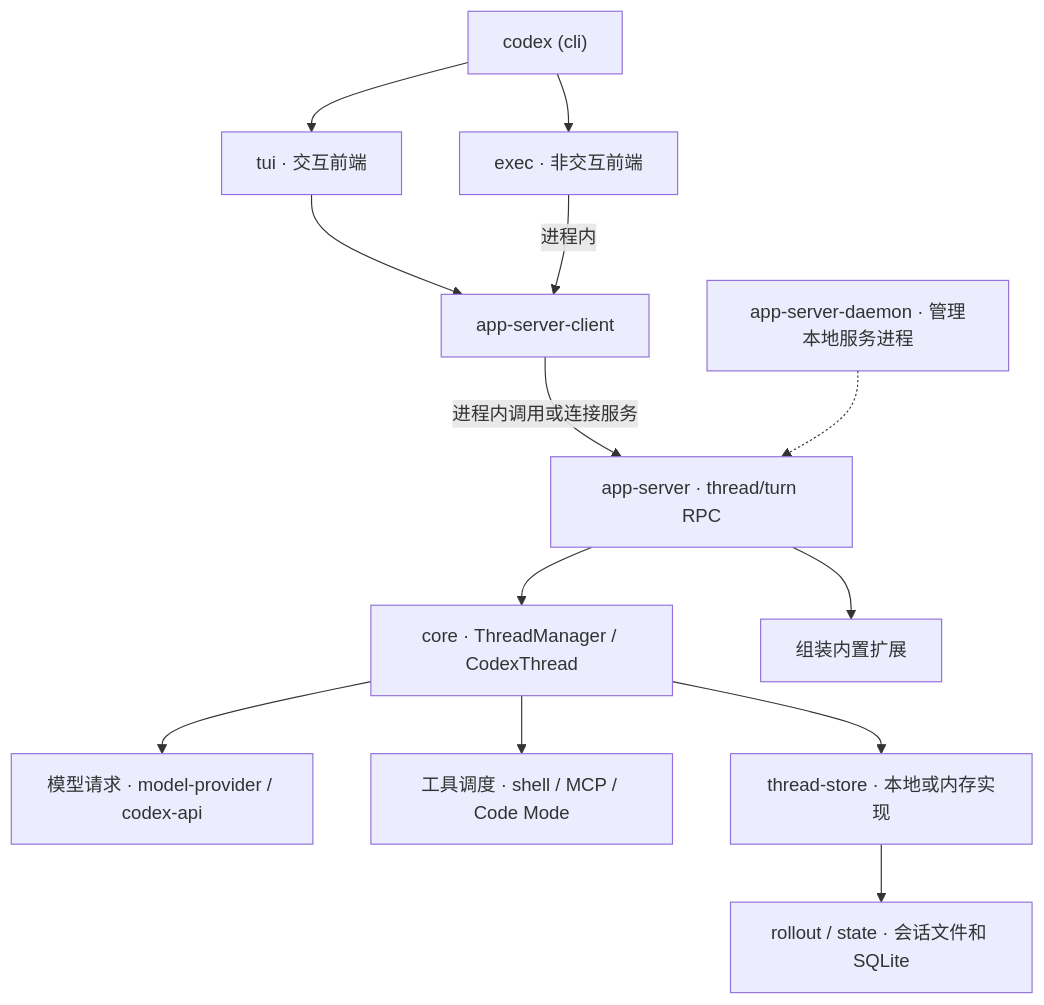
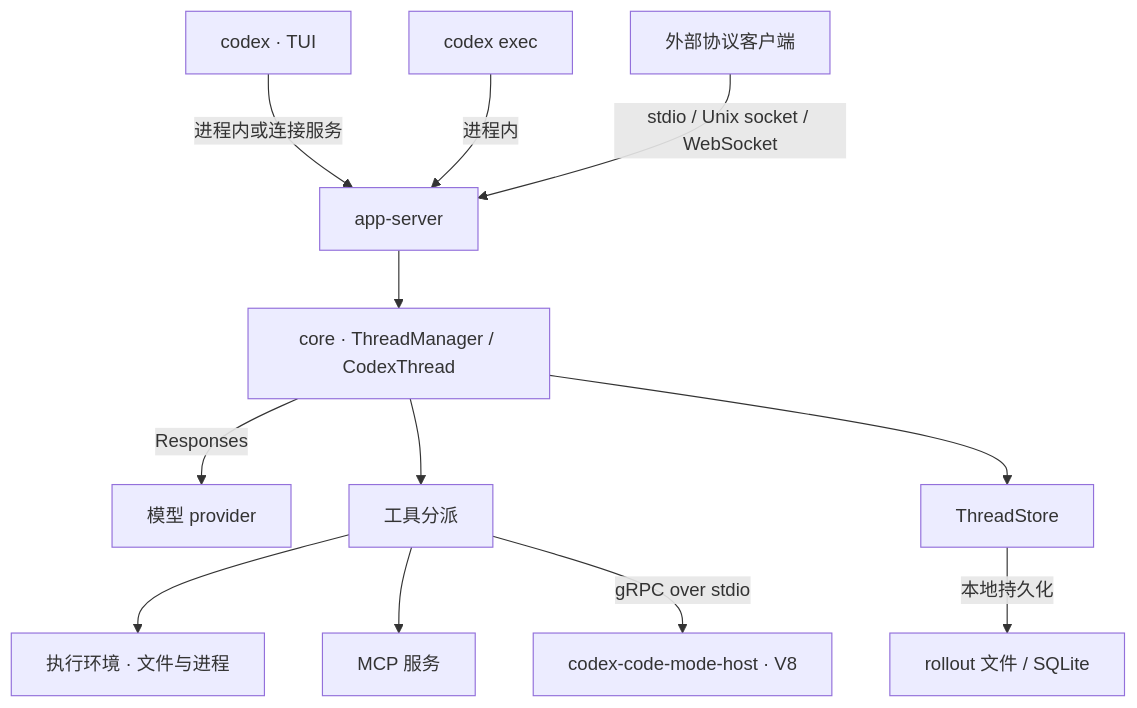
The diagram in docs/architecture.md (ivwumupy/codex), drawn with Mermaid before and after one commit. The commit also changed other lines of this file and 3 other files, not shown here.

Commit message:
Refresh the architecture guide and remove obsolete root docs (#17)

````diff
--- a/docs/architecture.md
+++ b/docs/architecture.md
@@ -15,15 +5,14 @@
 ```mermaid
 flowchart TD
-    CLI["codex (cli)"] --> TUI["tui · 交互前端"]
-    CLI --> EXEC["exec · 非交互前端"]
-    TUI --> C["app-server-client"]
-    EXEC -->|进程内| C
-    C -->|进程内调用或连接服务| S["app-server · thread/turn RPC"]
-    D["app-server-daemon · 管理本地服务进程"] -.-> S
-    S --> CORE["core · ThreadManager / CodexThread"]
-    S --> EXT["组装内置扩展"]
-    CORE --> MODEL["模型请求 · model-provider / codex-api"]
-    CORE --> TOOL["工具调度 · shell / MCP / Code Mode"]
-    CORE --> STORE["thread-store · 本地或内存实现"]
-    STORE --> DB["rollout / state · 会话文件和 SQLite"]
+    TUI["codex · TUI"] -->|进程内或连接服务| APP["app-server"]
+    EXEC["codex exec"] -->|进程内| APP
+    CLIENT["外部协议客户端"] -->|stdio / Unix socket / WebSocket| APP
+    APP --> CORE["core · ThreadManager / CodexThread"]
+    CORE -->|Responses| MODEL["模型 provider"]
+    CORE --> TOOLS["工具分派"]
+    TOOLS --> ENV["执行环境 · 文件与进程"]
+    TOOLS --> MCP["MCP 服务"]
+    TOOLS -->|gRPC over stdio| HOST["codex-code-mode-host · V8"]
+    CORE --> STORE["ThreadStore"]
+    STORE -->|本地持久化| DISK["rollout 文件 / SQLite"]
 ```
````
